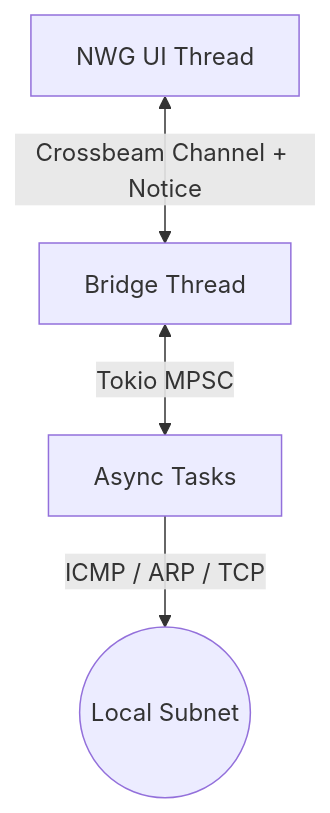
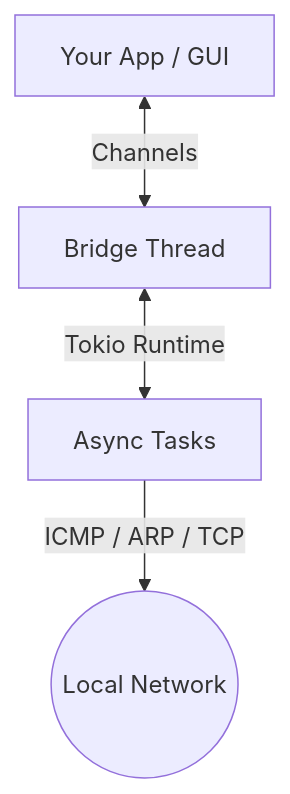
One commit to wends155/ragescanner changed the diagram in README.md. Above: the diagram before and after it, drawn with Mermaid. The commit also changed other lines of this file and 7 other files, not shown here.

````diff
--- a/README.md
+++ b/README.md
@@ -16,6 +73,6 @@
 ```mermaid
 graph TD
-    UI[NWG UI Thread] <--> |Crossbeam Channel + Notice| BT[Bridge Thread]
-    BT <--> |Tokio MPSC| AT[Async Tasks]
-    AT --> |ICMP / ARP / TCP| Network((Local Subnet))
+    App[Your App / GUI] <--> |Channels| BT[Bridge Thread]
+    BT <--> |Tokio Runtime| AT[Async Tasks]
+    AT --> |ICMP / ARP / TCP| Network((Local Network))
 ```
````
